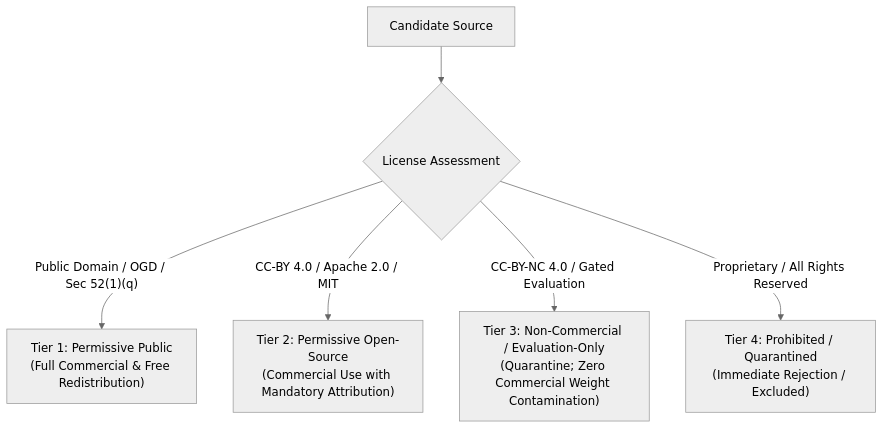
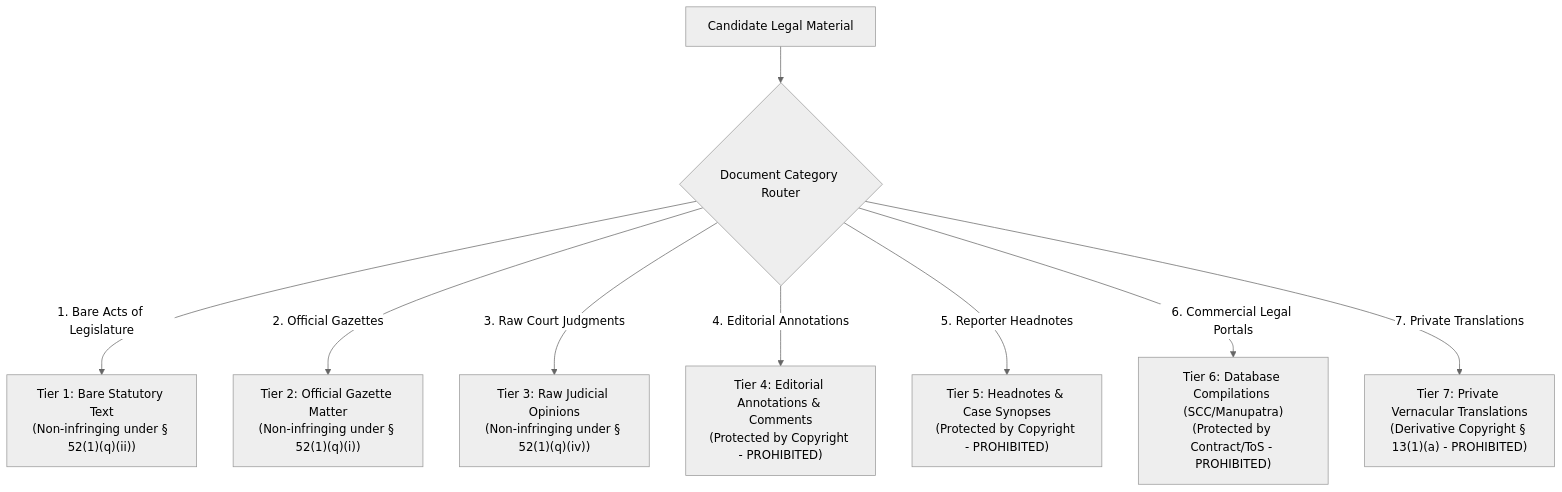
One commit to Yatharthnagpal/review changed the first of 3 diagrams in 03_LICENSE_AND_PROVENANCE_POLICY.md. Above: the diagram before and after it, drawn with Mermaid (neutral theme). The commit also changed other lines of this file and 19 other files, not shown here.

````diff
--- a/03_LICENSE_AND_PROVENANCE_POLICY.md
+++ b/03_LICENSE_AND_PROVENANCE_POLICY.md
@@ -55,9 +29,12 @@
 ```mermaid
 flowchart TD
-    RawSource["Candidate Source"] --> CheckLicense{"License Assessment"}
+    LegalDoc["Candidate Legal Material"] --> CategoryRouter{"Document Category Router"}
     
-    CheckLicense -->|"Public Domain / OGD / Sec 52(1)(q)"| Tier1["Tier 1: Permissive Public<br/>(Full Commercial & Free Redistribution)"]
-    CheckLicense -->|"CC-BY 4.0 / Apache 2.0 / MIT"| Tier2["Tier 2: Permissive Open-Source<br/>(Commercial Use with Mandatory Attribution)"]
-    CheckLicense -->|"CC-BY-NC 4.0 / Gated Evaluation"| Tier3["Tier 3: Non-Commercial / Evaluation-Only<br/>(Quarantine; Zero Commercial Weight Contamination)"]
-    CheckLicense -->|"Proprietary / All Rights Reserved"| Tier4["Tier 4: Prohibited / Quarantined<br/>(Immediate Rejection / Excluded)"]
+    CategoryRouter -->|"1. Bare Acts of Legislature"| T1["Tier 1: Bare Statutory Text<br/>(Non-infringing under § 52(1)(q)(ii))"]
+    CategoryRouter -->|"2. Official Gazettes"| T2["Tier 2: Official Gazette Matter<br/>(Non-infringing under § 52(1)(q)(i))"]
+    CategoryRouter -->|"3. Raw Court Judgments"| T3["Tier 3: Raw Judicial Opinions<br/>(Non-infringing under § 52(1)(q)(iv))"]
+    CategoryRouter -->|"4. Editorial Annotations"| T4["Tier 4: Editorial Annotations & Comments<br/>(Protected by Copyright - PROHIBITED)"]
+    CategoryRouter -->|"5. Reporter Headnotes"| T5["Tier 5: Headnotes & Case Synopses<br/>(Protected by Copyright - PROHIBITED)"]
+    CategoryRouter -->|"6. Commercial Legal Portals"| T6["Tier 6: Database Compilations (SCC/Manupatra)<br/>(Protected by Contract/ToS - PROHIBITED)"]
+    CategoryRouter -->|"7. Private Translations"| T7["Tier 7: Private Vernacular Translations<br/>(Derivative Copyright § 13(1)(a) - PROHIBITED)"]
 ```
````
